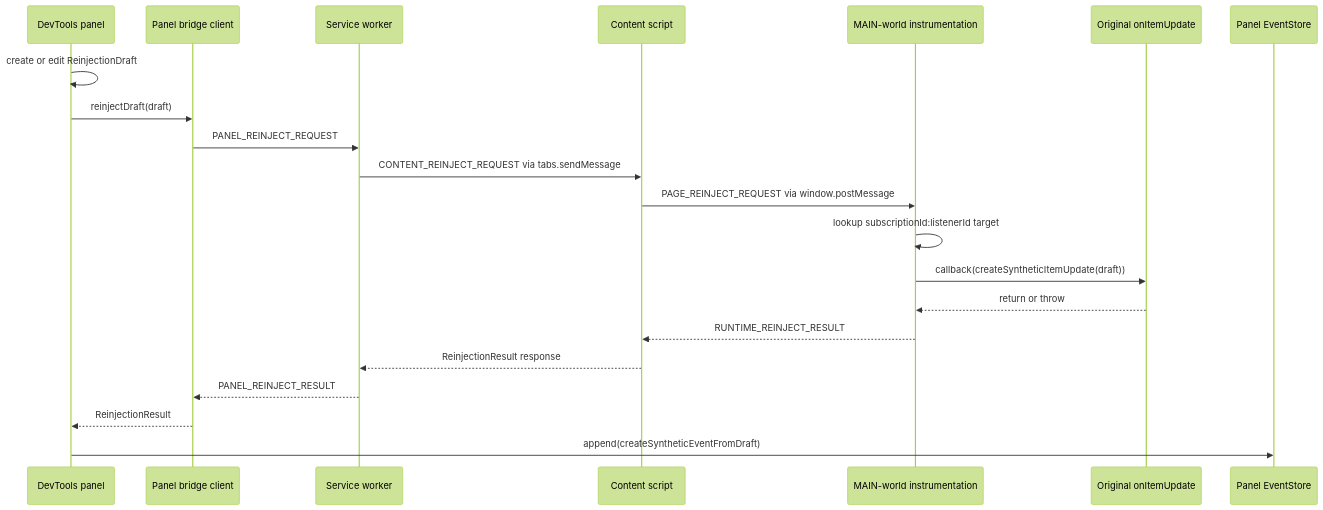
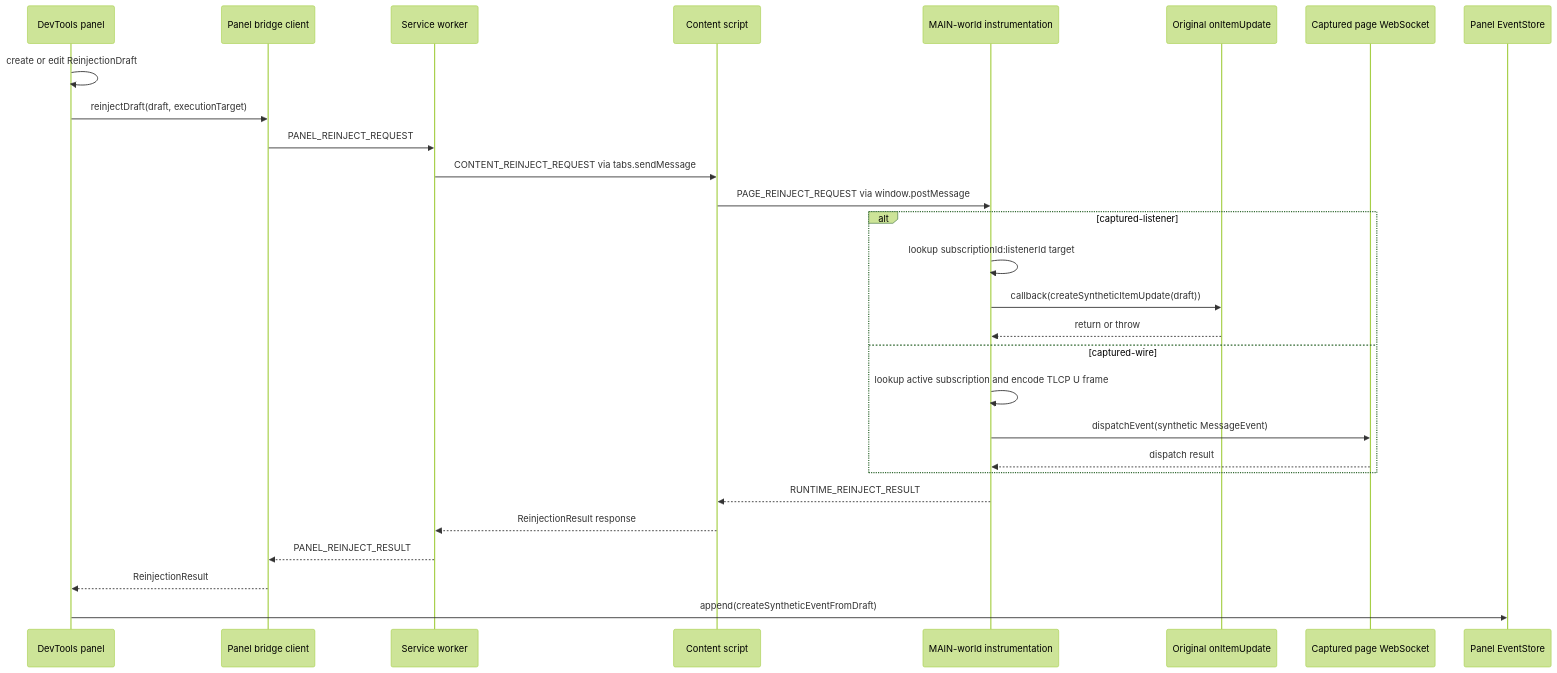
Before and after one commit to imom39a/lightstreamer-workbench-extension: the seventh of 7 diagrams in docs/ARCHITECTURE.md, drawn with Mermaid (forest theme). The commit also changed other lines of this file and 18 other files, not shown here.

Commit message:
fix: deliver wire mutations to inspected page

````diff
--- a/docs/ARCHITECTURE.md
+++ b/docs/ARCHITECTURE.md
@@ -644,24 +650,31 @@
 ```mermaid
 sequenceDiagram
   participant UI as DevTools panel
   participant PBC as Panel bridge client
   participant BG as Service worker
   participant CS as Content script
   participant Inj as MAIN-world instrumentation
   participant Listener as Original onItemUpdate
+  participant WS as Captured page WebSocket
   participant Store as Panel EventStore
 
   UI->>UI: create or edit ReinjectionDraft
-  UI->>PBC: reinjectDraft(draft)
+  UI->>PBC: reinjectDraft(draft, executionTarget)
   PBC->>BG: PANEL_REINJECT_REQUEST
   BG->>CS: CONTENT_REINJECT_REQUEST via tabs.sendMessage
   CS->>Inj: PAGE_REINJECT_REQUEST via window.postMessage
-  Inj->>Inj: lookup subscriptionId:listenerId target
-  Inj->>Listener: callback(createSyntheticItemUpdate(draft))
-  Listener-->>Inj: return or throw
+  alt captured-listener
+    Inj->>Inj: lookup subscriptionId:listenerId target
+    Inj->>Listener: callback(createSyntheticItemUpdate(draft))
+    Listener-->>Inj: return or throw
+  else captured-wire
+    Inj->>Inj: lookup active subscription and encode TLCP U frame
+    Inj->>WS: dispatchEvent(synthetic MessageEvent)
+    WS-->>Inj: dispatch result
+  end
   Inj-->>CS: RUNTIME_REINJECT_RESULT
   CS-->>BG: ReinjectionResult response
   BG-->>PBC: PANEL_REINJECT_RESULT
   PBC-->>UI: ReinjectionResult
   UI->>Store: append(createSyntheticEventFromDraft)
 ```
````
